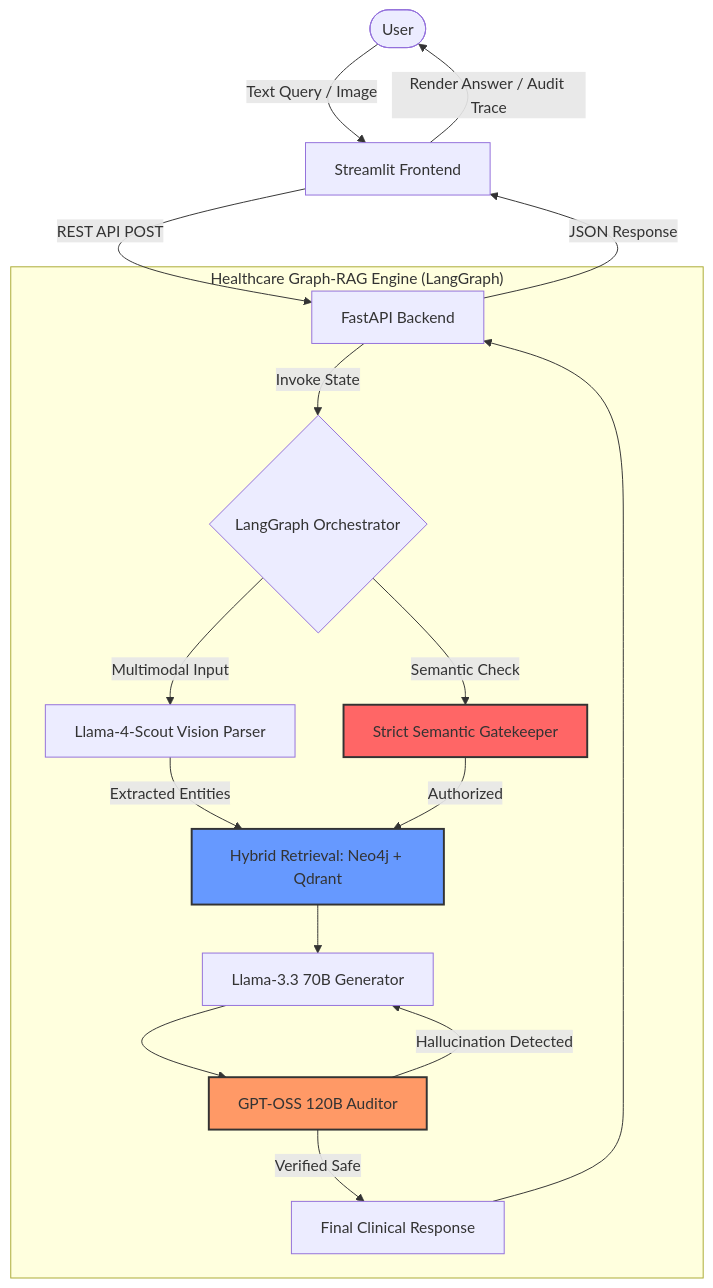
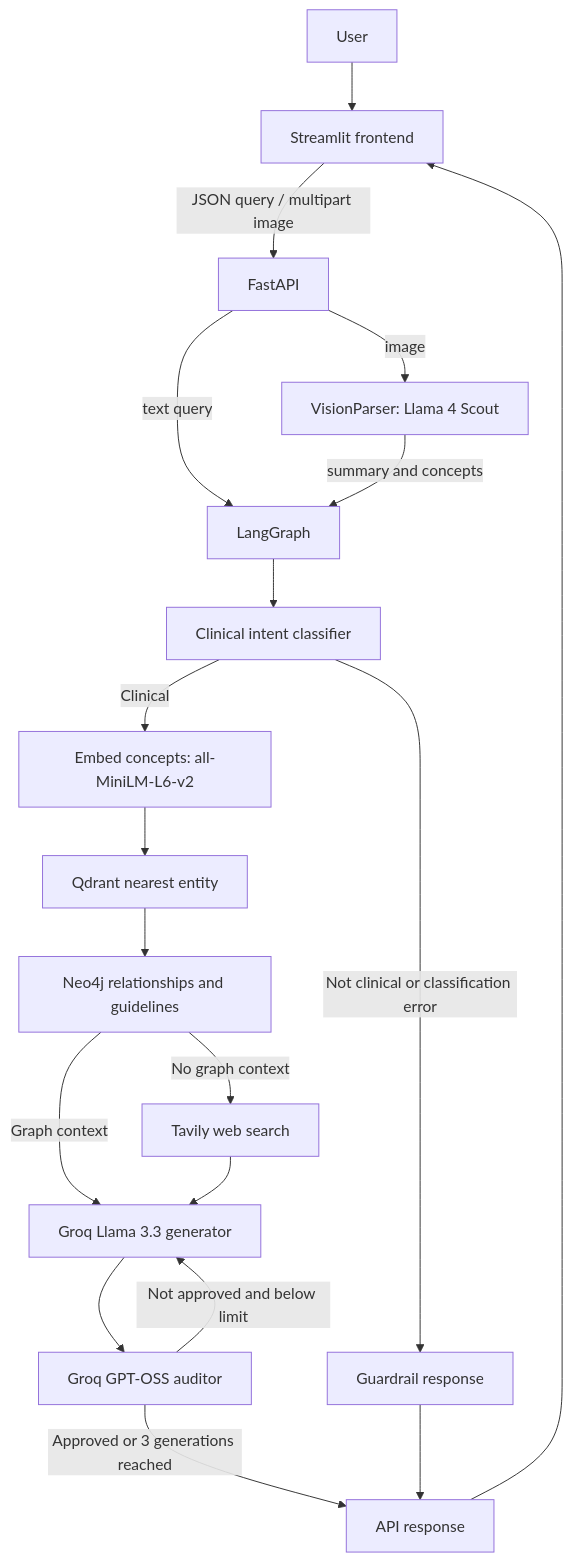
The diagram in README.md (sharma-piyush1/healthcare-graphrag-adversarial-cdss-v2), drawn with Mermaid before and after one commit. The commit also changed other lines of this file, not shown here.

Commit message:
docs: rewrite Healthcare Graph-RAG README from source audit

````diff
--- a/README.md
+++ b/README.md
@@ -10,30 +9,21 @@
 ```mermaid
-graph TD
-    User([User]) -->|Text Query / Image| Streamlit[Streamlit Frontend]
-    Streamlit -->|REST API POST| FastAPI[FastAPI Backend]
-
-    subgraph "Healthcare Graph-RAG Engine (LangGraph)"
-        FastAPI -->|Invoke State| Orchestrator{LangGraph Orchestrator}
-        
-        Orchestrator -->|Multimodal Input| Vision[Llama-4-Scout Vision Parser]
-        Orchestrator -->|Semantic Check| Gatekeeper[Strict Semantic Gatekeeper]
-        
-        Vision -->|Extracted Entities| Retrieval
-        Gatekeeper -->|Authorized| Retrieval[Hybrid Retrieval: Neo4j + Qdrant]
-        
-        Retrieval --> Generator[Llama-3.3 70B Generator]
-        
-        Generator --> Auditor[GPT-OSS 120B Auditor]
-        
-        Auditor -->|Hallucination Detected| Generator
-        Auditor -->|Verified Safe| FinalAns[Final Clinical Response]
-    end
-
-    FinalAns --> FastAPI
-    FastAPI -->|JSON Response| Streamlit
-    Streamlit -->|Render Answer / Audit Trace| User
-    
-    style Auditor fill:#f96,stroke:#333,stroke-width:2px
-    style Gatekeeper fill:#f66,stroke:#333,stroke-width:2px
-    style Retrieval fill:#69f,stroke:#333,stroke-width:2px
+flowchart TD
+    U[User] --> UI[Streamlit frontend]
+    UI -->|JSON query / multipart image| API[FastAPI]
+    API -->|text query| G[LangGraph]
+    API -->|image| V[VisionParser: Llama 4 Scout]
+    V -->|summary and concepts| G
+    G --> K[Clinical intent classifier]
+    K -->|Not clinical or classification error| X[Guardrail response]
+    K -->|Clinical| Q[Embed concepts: all-MiniLM-L6-v2]
+    Q --> D[Qdrant nearest entity]
+    D --> N[Neo4j relationships and guidelines]
+    N -->|No graph context| T[Tavily web search]
+    N -->|Graph context| L[Groq Llama 3.3 generator]
+    T --> L
+    L --> A[Groq GPT-OSS auditor]
+    A -->|Approved or 3 generations reached| R[API response]
+    A -->|Not approved and below limit| L
+    X --> R
+    R --> UI
 ```
````
